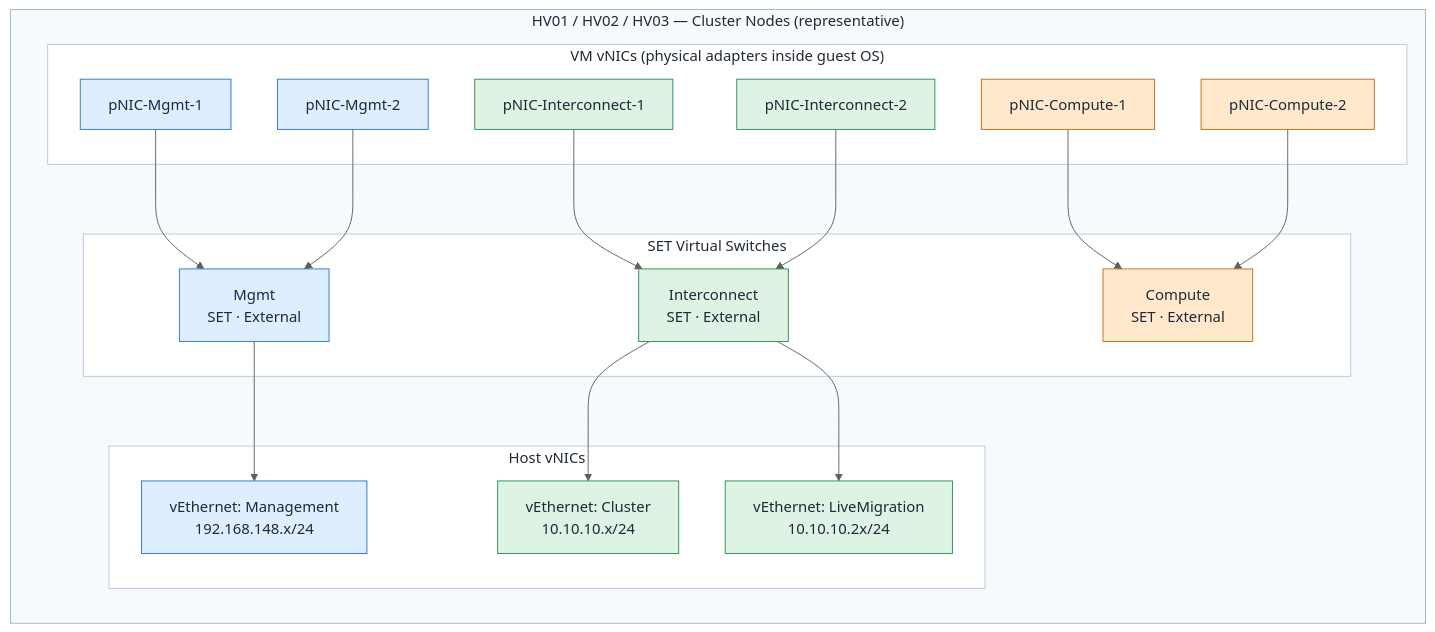
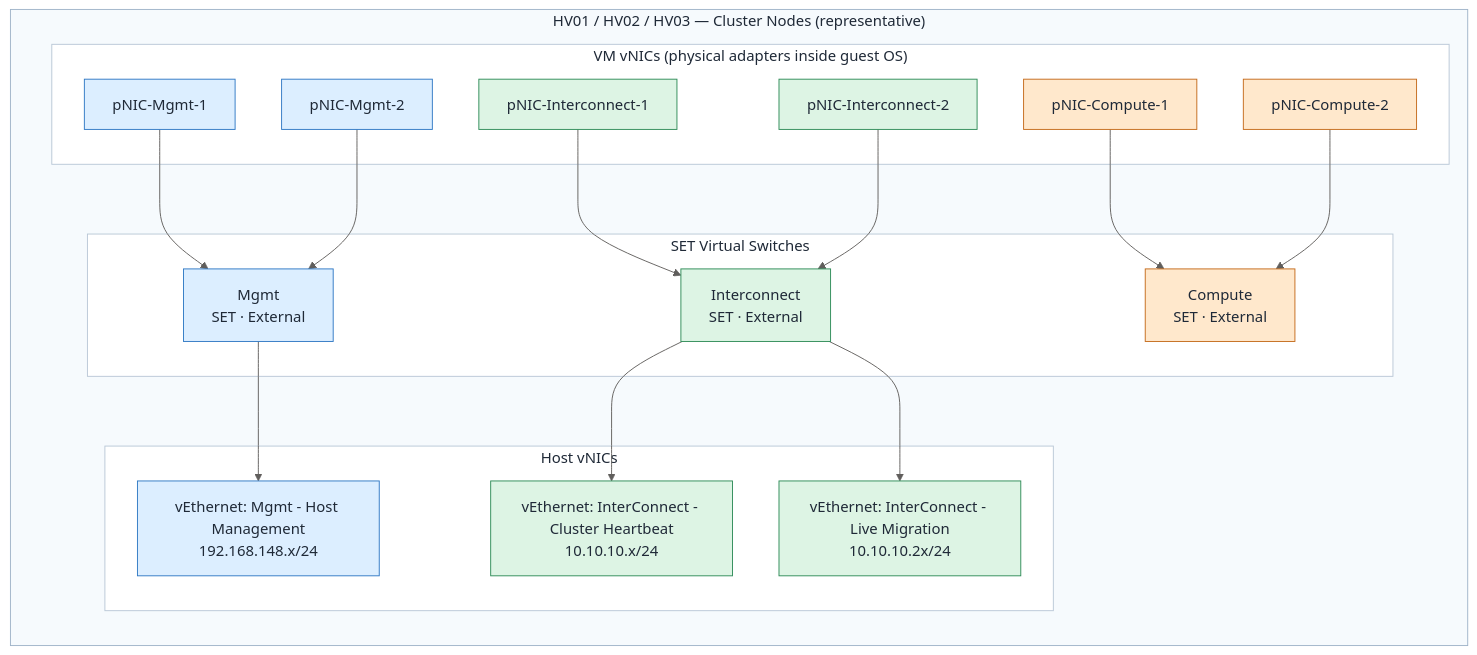
One commit to Greg-T8/ws2025-hyperv-cluster-lab changed the diagram in docs/hyper-v-failover-cluster-lab-guide.md. Above: the diagram before and after it, drawn with Mermaid. The commit also changed other lines of this file and 9 other files, not shown here.

````diff
--- a/docs/hyper-v-failover-cluster-lab-guide.md
+++ b/docs/hyper-v-failover-cluster-lab-guide.md
@@ -39,56 +39,56 @@
 ```mermaid
 %%{init: {
     "theme": "base",
     "themeVariables": {
         "background": "#FDFEFE",
         "primaryTextColor": "#323130",
         "lineColor": "#605E5C",
         "clusterBkg": "#F7FAFD",
         "clusterBorder": "#A7BDD4"
     }
 }}%%
 graph LR
     subgraph NODE["HV01 / HV02 / HV03 — Cluster Nodes (representative)"]
         subgraph GNICS["VM vNICs (physical adapters inside guest OS)"]
             M1["pNIC-Mgmt-1"]
             M2["pNIC-Mgmt-2"]
             IC1["pNIC-Interconnect-1"]
             IC2["pNIC-Interconnect-2"]
             CP1["pNIC-Compute-1"]
             CP2["pNIC-Compute-2"]
         end
 
         subgraph GSET["SET Virtual Switches"]
             SET_M["Mgmt\nSET · External"]
             SET_I["Interconnect\nSET · External"]
             SET_CP["Compute\nSET · External"]
         end
 
         subgraph GVNICS["Host vNICs"]
-            HV_MGMT["vEthernet: Management\n192.168.148.x/24"]
-            HV_CLUS["vEthernet: Cluster\n10.10.10.x/24"]
-            HV_LM["vEthernet: LiveMigration\n10.10.10.2x/24"]
+            HV_MGMT["vEthernet: Mgmt - Host Management\n192.168.148.x/24"]
+            HV_CLUS["vEthernet: InterConnect - Cluster Heartbeat\n10.10.10.x/24"]
+            HV_LM["vEthernet: InterConnect - Live Migration\n10.10.10.2x/24"]
         end
 
         M1 & M2 --> SET_M
         IC1 & IC2 --> SET_I
         CP1 & CP2 --> SET_CP
         SET_M --> HV_MGMT
         SET_I --> HV_CLUS
         SET_I --> HV_LM
     end
 
     classDef mgmt fill:#DCEEFF,stroke:#2F78C4,stroke-width:1px,color:#1F2937;
     classDef cluster fill:#DDF4E4,stroke:#2E8B57,stroke-width:1px,color:#1F2937;
     classDef livemig fill:#EADFFD,stroke:#6F4BB8,stroke-width:1px,color:#1F2937;
     classDef vmnet fill:#FFE8CC,stroke:#C46A1A,stroke-width:1px,color:#1F2937;
 
     class M1,M2,SET_M,HV_MGMT mgmt;
     class IC1,IC2,SET_I,HV_CLUS,HV_LM cluster;
     class CP1,CP2,SET_CP vmnet;
 
     style NODE fill:#F6FAFD,stroke:#9FB3C8,stroke-width:1px,color:#1F2937
     style GNICS fill:#FFFFFF,stroke:#B9C7D6,stroke-width:1px,color:#1F2937
     style GSET fill:#FFFFFF,stroke:#B9C7D6,stroke-width:1px,color:#1F2937
     style GVNICS fill:#FFFFFF,stroke:#B9C7D6,stroke-width:1px,color:#1F2937
 ```
````
